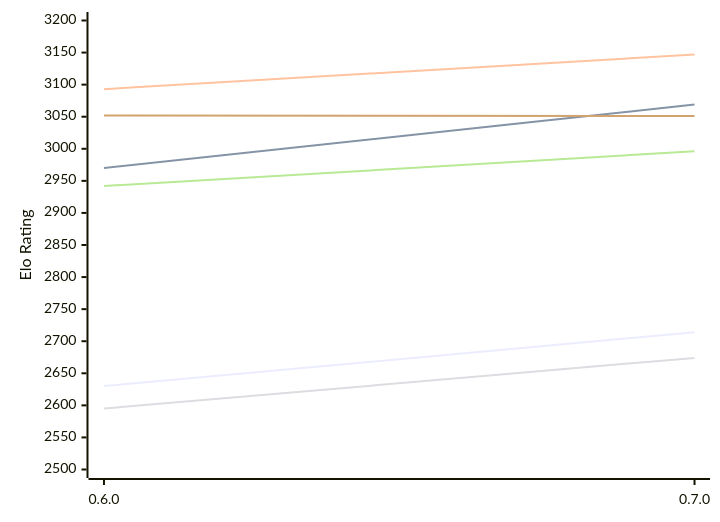
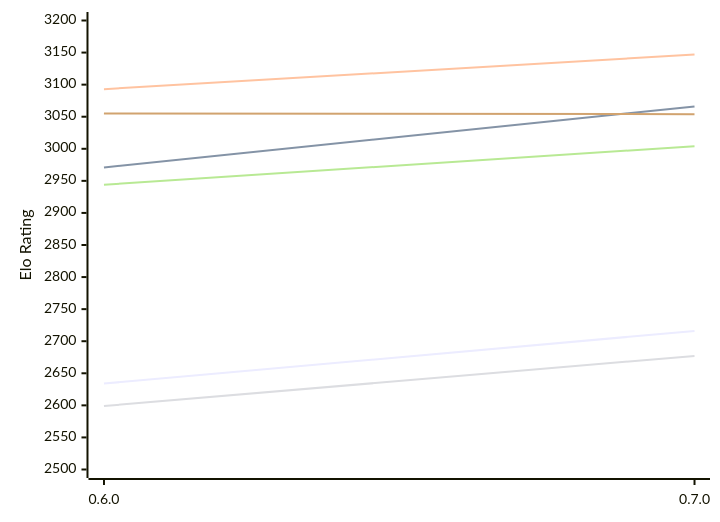
Before and after one commit to computer-chess-index/cci: the first of 2 diagrams in engines/AteNika.md, drawn with Mermaid. The commit also changed other lines of this file, not shown here.

Commit message:
Update CCI Ratings (ELO VLTC) - 2026-11-24

````diff
--- a/engines/AteNika.md
+++ b/engines/AteNika.md
@@ -52,12 +52,12 @@
 ```mermaid
 %%{init: {"theme":"base","themeVariables":{"seriesColors:['#a3a3a3','#222221','#faa371']}}}%%
 xychart-beta
   x-axis ["0.6.0", "0.7.0"]
   y-axis "Elo Rating" 2500 --> 3200
-  line "E1: STC (8.0+0.08s)" [2630, 2714]
-  line "E1: LTC (60.0+0.60s)" [2970, 3069]
+  line "E1: STC (8.0+0.08s)" [2634, 2716]
+  line "E1: LTC (60.0+0.60s)" [2971, 3066]
   line "E1: VLTC (2m24s+1.12s)" [3093, 3147]
-  line "P1: STC (8.0+0.08s)" [2595, 2674]
-  line "P1: LTC (60.0+0.60s)" [2942, 2996]
-  line "P1: VLTC (2m24s+1.12s)" [3052, 3051]
+  line "P1: STC (8.0+0.08s)" [2599, 2677]
+  line "P1: LTC (60.0+0.60s)" [2944, 3004]
+  line "P1: VLTC (2m24s+1.12s)" [3055, 3054]
 ```
````
